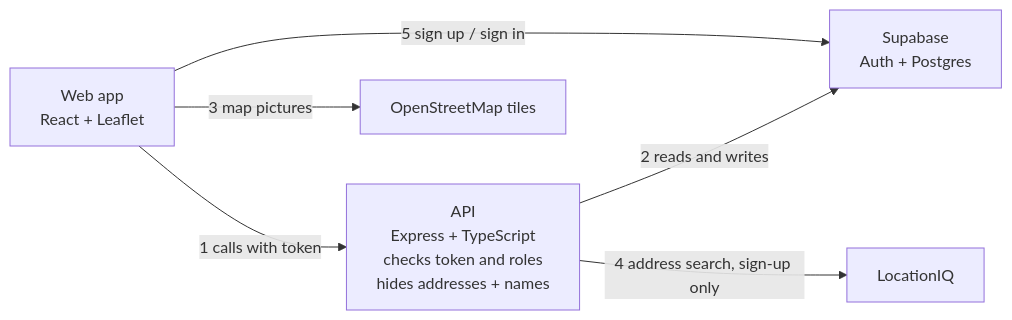
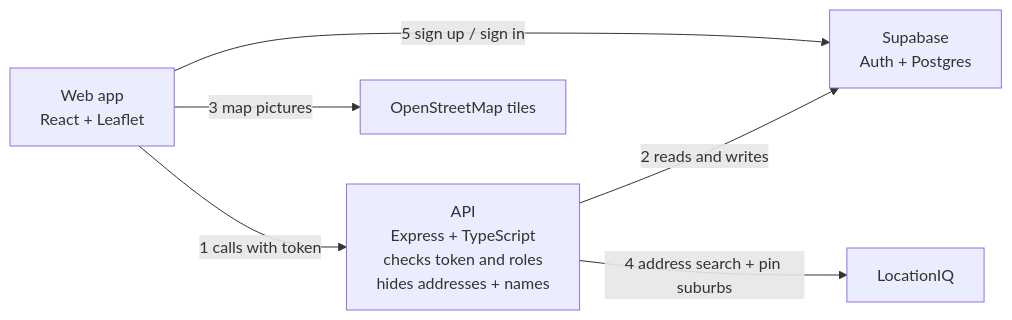
One commit to rachelwong/mister_rogers changed the diagram in docs/build-plan.md. Above: the diagram before and after it, drawn with Mermaid. The commit also changed other lines of this file, not shown here.

Commit message:
docs: add suburb name and postcode search

````diff
--- a/docs/build-plan.md
+++ b/docs/build-plan.md
@@ -731,8 +771,8 @@
 ```mermaid
 flowchart LR
   Web["Web app<br/>React + Leaflet"] -->|1 calls with token| API["API<br/>Express + TypeScript<br/>checks token and roles<br/>hides addresses + names"]
   API -->|2 reads and writes| SB["Supabase<br/>Auth + Postgres"]
   Web -->|3 map pictures| OSM["OpenStreetMap tiles"]
-  API -->|4 address search, sign-up only| LIQ["LocationIQ"]
+  API -->|4 address search + pin suburbs| LIQ["LocationIQ"]
   Web -->|5 sign up / sign in| SB
 ```
````
